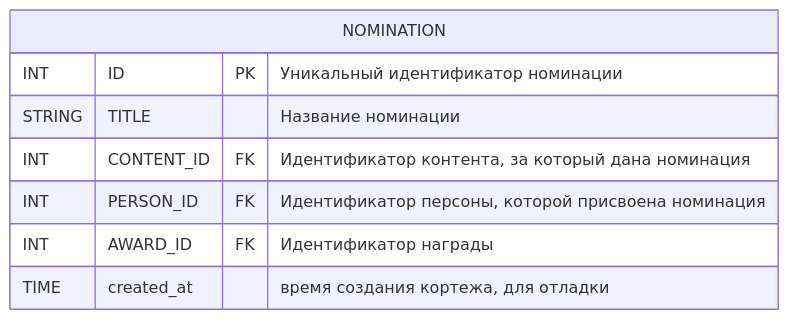
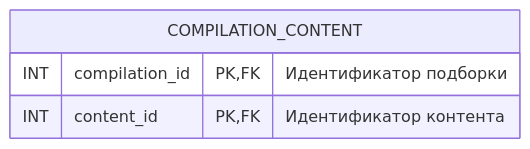
One commit to go-park-mail-ru/2024_1_Cyberkotletki changed diagram 11 of 15 in db/normalized/relations.md. Above: the diagram before and after it, drawn with Mermaid. The commit also changed other lines of this file and 3 other files, not shown here.

````diff
--- a/db/normalized/relations.md
+++ b/db/normalized/relations.md
@@ -442,11 +287,7 @@
 ```mermaid
 erDiagram
-    NOMINATION {
-        INT ID PK "Уникальный идентификатор номинации"
-        STRING TITLE "Название номинации"
-        INT CONTENT_ID FK "Идентификатор контента, за который дана номинация"
-        INT PERSON_ID FK  "Идентификатор персоны, которой присвоена номинация"
-        INT AWARD_ID FK  "Идентификатор награды"
-        TIME created_at "время создания кортежа, для отладки"
+    COMPILATION_CONTENT {
+        INT compilation_id PK, FK "Идентификатор подборки"
+        INT content_id PK, FK "Идентификатор контента"
     }
 ```
````
